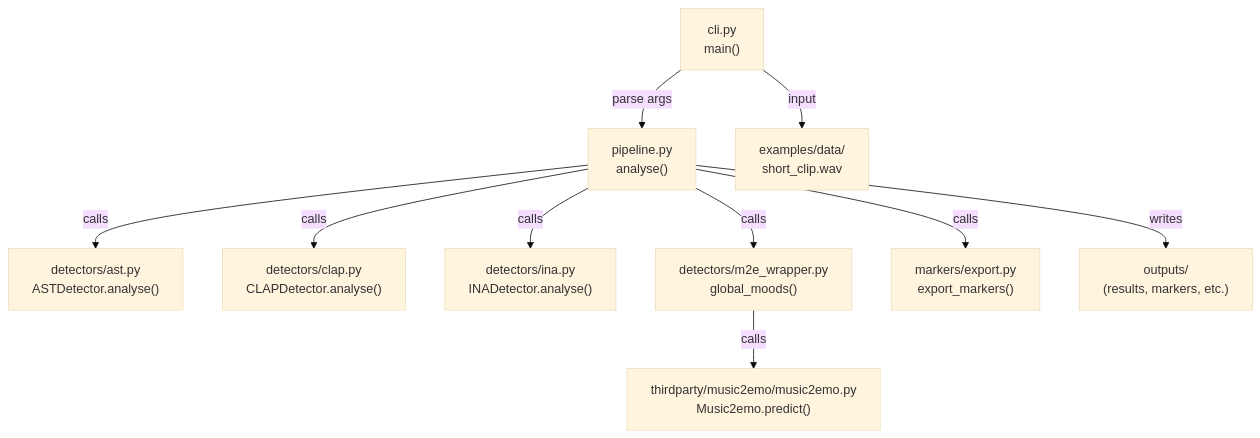
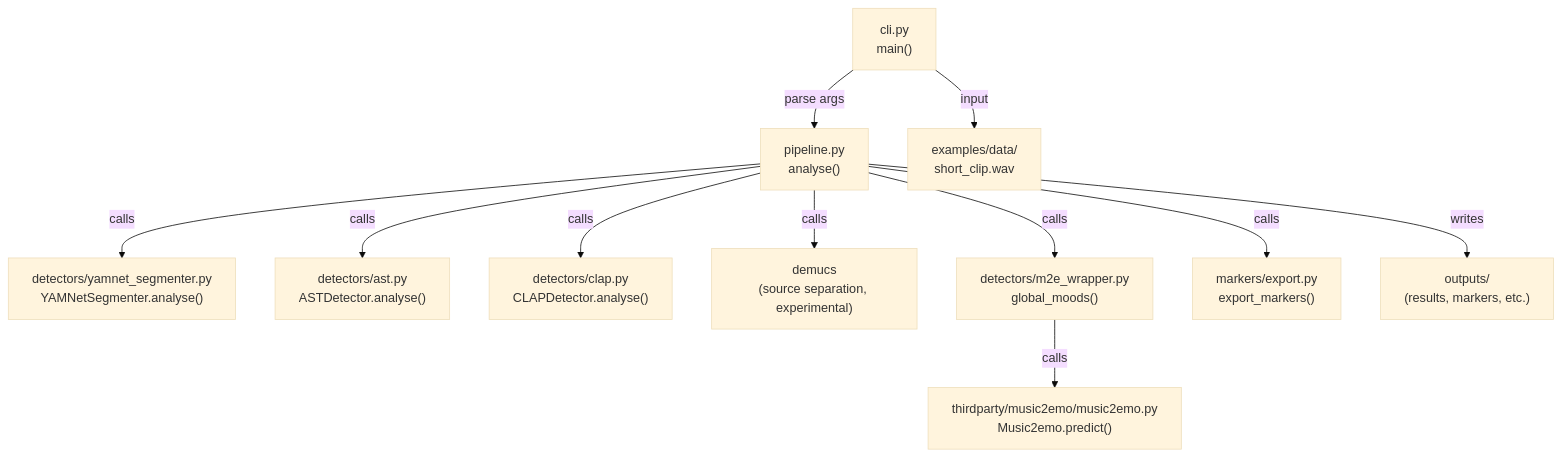
One commit to Motive-Music-AB/sibyllai-core changed the diagram in README.md. Above: the diagram before and after it, drawn with Mermaid (base theme). The commit also changed other lines of this file and 3 other files, not shown here.

Commit message:
Remove inaSpeechSegmenter; add YAMNet for segmentation and Demucs for source separation; update docs and dependencies

````diff
--- a/README.md
+++ b/README.md
@@ -108,12 +113,13 @@
 ```mermaid
 flowchart TD
     CLI["cli.py<br/>main()"] -->|parse args| Pipeline["pipeline.py<br/>analyse()"]
+    Pipeline -->|calls| YAMNet["detectors/yamnet_segmenter.py<br/>YAMNetSegmenter.analyse()"]
     Pipeline -->|calls| AST["detectors/ast.py<br/>ASTDetector.analyse()"]
     Pipeline -->|calls| CLAP["detectors/clap.py<br/>CLAPDetector.analyse()"]
-    Pipeline -->|calls| INA["detectors/ina.py<br/>INADetector.analyse()"]
+    Pipeline -->|calls| Demucs["demucs<br/>(source separation, experimental)"]
     Pipeline -->|calls| M2E["detectors/m2e_wrapper.py<br/>global_moods()"]
     M2E -->|calls| Music2Emo["thirdparty/music2emo/music2emo.py<br/>Music2emo.predict()"]
     Pipeline -->|calls| Markers["markers/export.py<br/>export_markers()"]
     Pipeline -->|writes| Output["outputs/<br/>(results, markers, etc.)"]
     CLI -->|input| Examples["examples/data/<br/>short_clip.wav"]
 ```
````
